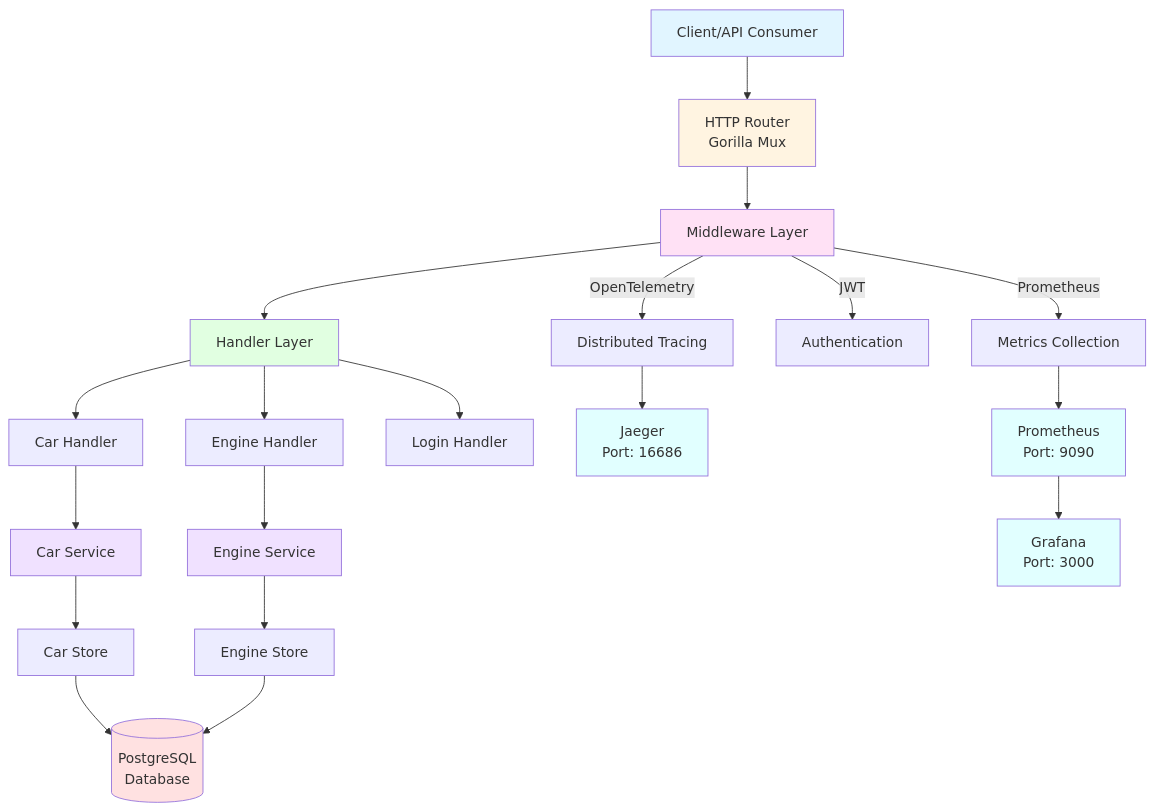
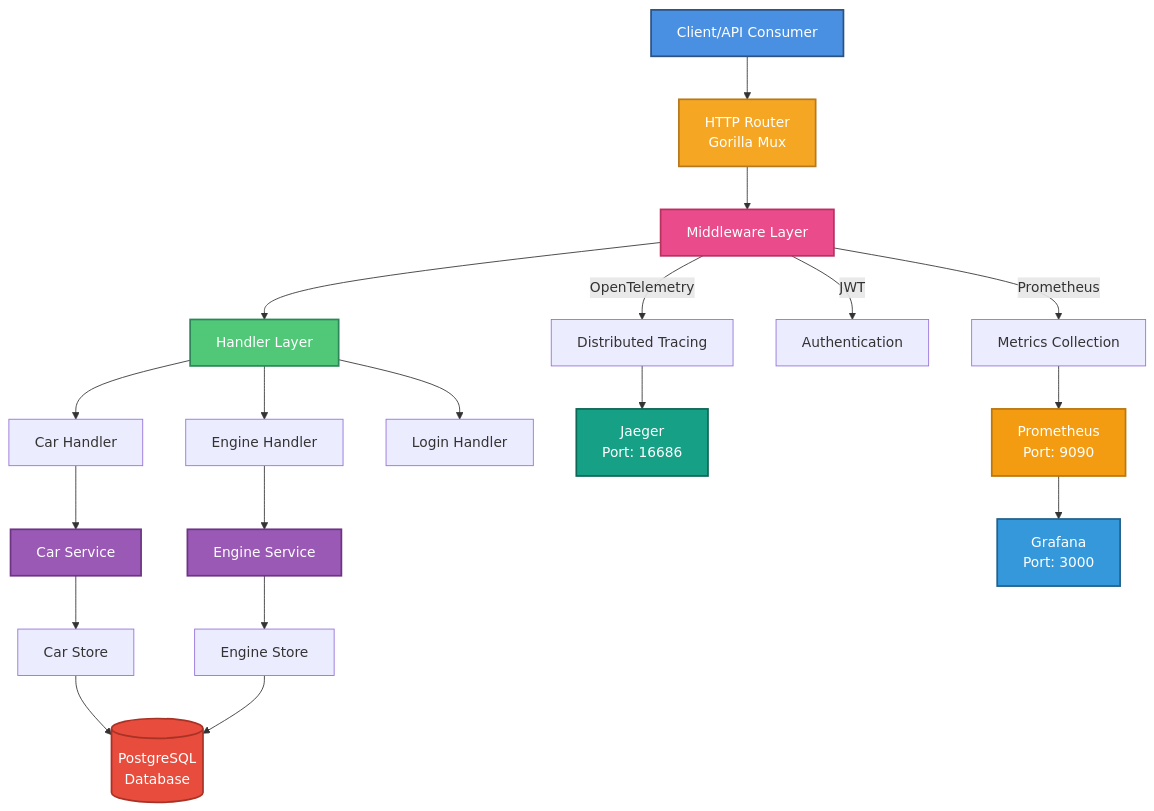
One commit to gitvibav/Car-Management-System changed the diagram in README.md. Above: the diagram before and after it, drawn with Mermaid. The commit also changed other lines of this file, not shown here.

````diff
--- a/README.md
+++ b/README.md
@@ -50,39 +50,39 @@
 ```mermaid
 graph TB
     Client[Client/API Consumer] --> Router[HTTP Router<br/>Gorilla Mux]
     
     Router --> Middleware[Middleware Layer]
     Middleware --> |OpenTelemetry| Tracing[Distributed Tracing]
     Middleware --> |Prometheus| Metrics[Metrics Collection]
     Middleware --> |JWT| Auth[Authentication]
     
     Middleware --> HandlerLayer[Handler Layer]
     
     HandlerLayer --> CarHandler[Car Handler]
     HandlerLayer --> EngineHandler[Engine Handler]
     HandlerLayer --> LoginHandler[Login Handler]
     
     CarHandler --> CarService[Car Service]
     EngineHandler --> EngineService[Engine Service]
     
     CarService --> CarStore[Car Store]
     EngineService --> EngineStore[Engine Store]
     
     CarStore --> DB[(PostgreSQL<br/>Database)]
     EngineStore --> DB
     
     Tracing --> Jaeger[Jaeger<br/>Port: 16686]
     Metrics --> Prometheus[Prometheus<br/>Port: 9090]
     Prometheus --> Grafana[Grafana<br/>Port: 3000]
     
-    style Client fill:#e1f5ff
-    style Router fill:#fff4e1
-    style Middleware fill:#ffe1f5
-    style HandlerLayer fill:#e1ffe1
-    style CarService fill:#f0e1ff
-    style EngineService fill:#f0e1ff
-    style DB fill:#ffe1e1
-    style Jaeger fill:#e1ffff
-    style Prometheus fill:#e1ffff
-    style Grafana fill:#e1ffff
+    style Client fill:#4a90e2,stroke:#2c5282,stroke-width:2px,color:#fff
+    style Router fill:#f5a623,stroke:#b7791f,stroke-width:2px,color:#fff
+    style Middleware fill:#e94b8b,stroke:#b8325f,stroke-width:2px,color:#fff
+    style HandlerLayer fill:#50c878,stroke:#2d8659,stroke-width:2px,color:#fff
+    style CarService fill:#9b59b6,stroke:#6c3483,stroke-width:2px,color:#fff
+    style EngineService fill:#9b59b6,stroke:#6c3483,stroke-width:2px,color:#fff
+    style DB fill:#e74c3c,stroke:#a93226,stroke-width:2px,color:#fff
+    style Jaeger fill:#16a085,stroke:#0e6655,stroke-width:2px,color:#fff
+    style Prometheus fill:#f39c12,stroke:#b9770e,stroke-width:2px,color:#fff
+    style Grafana fill:#3498db,stroke:#21618c,stroke-width:2px,color:#fff
 ```
````
